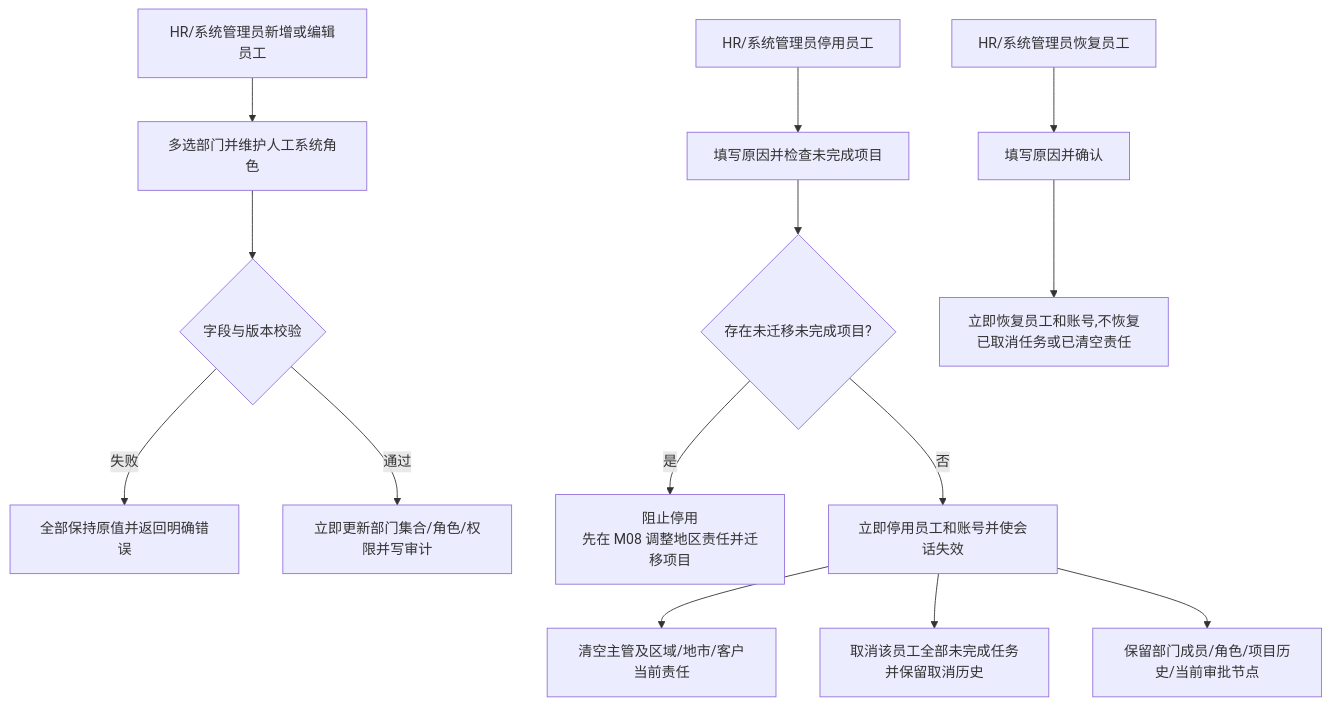
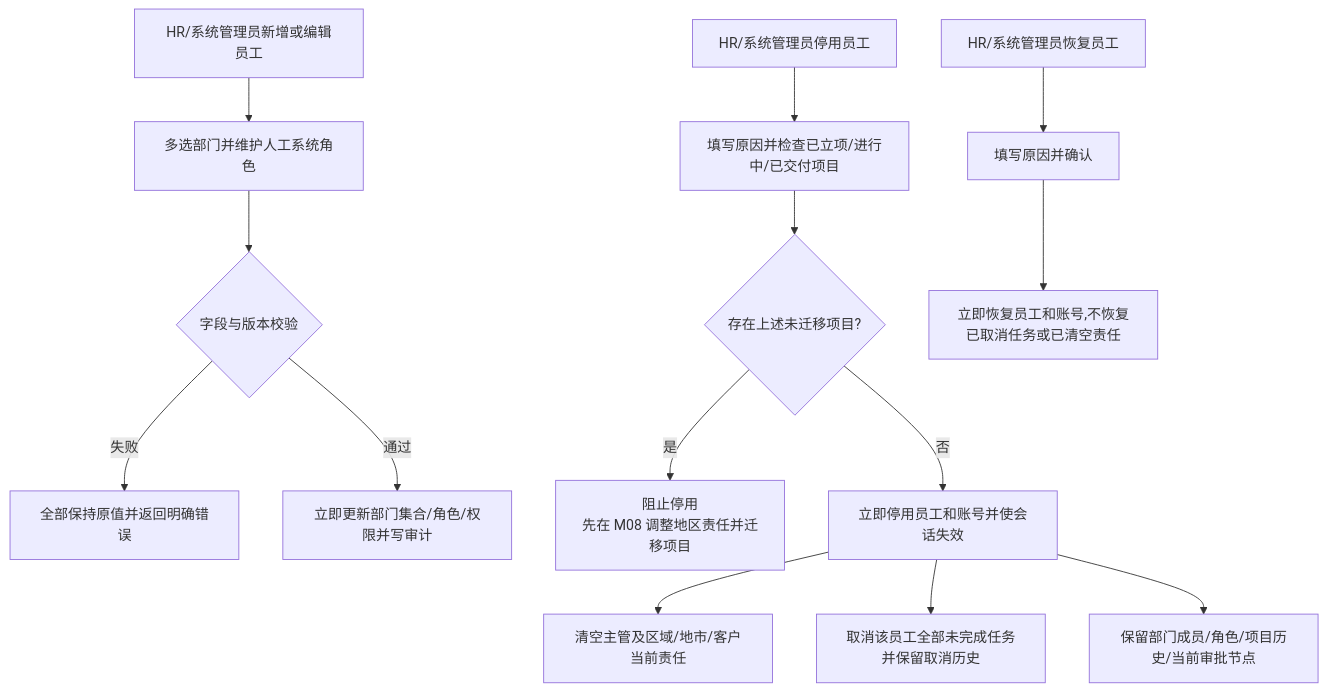
The diagram in prd-workspace/current/user-flows/FLOW-14-M06-employee-change-and-deactivation.md (Joker-1030/Yingjia-Internal-Management-System), drawn with Mermaid before and after one commit. The commit also changed other lines of this file and 33 other files, not shown here.

````diff
--- a/prd-workspace/current/user-flows/FLOW-14-M06-employee-change-and-deactivation.md
+++ b/prd-workspace/current/user-flows/FLOW-14-M06-employee-change-and-deactivation.md
@@ -8,16 +8,16 @@
 ```mermaid
 flowchart TD
     A[HR/系统管理员新增或编辑员工] --> B[多选部门并维护人工系统角色]
     B --> C{字段与版本校验}
     C -- 失败 --> D[全部保持原值并返回明确错误]
     C -- 通过 --> E[立即更新部门集合/角色/权限并写审计]
-    F[HR/系统管理员停用员工] --> G[填写原因并检查未完成项目]
-    G --> G1{存在未迁移未完成项目?}
+    F[HR/系统管理员停用员工] --> G[填写原因并检查已立项/进行中/已交付项目]
+    G --> G1{存在上述未迁移项目?}
     G1 -- 是 --> G2[阻止停用<br/>先在 M08 调整地区责任并迁移项目]
     G1 -- 否 --> H[立即停用员工和账号并使会话失效]
     H --> I[清空主管及区域/地市/客户当前责任]
     H --> J[取消该员工全部未完成任务并保留取消历史]
     H --> K[保留部门成员/角色/项目历史/当前审批节点]
     L[HR/系统管理员恢复员工] --> M[填写原因并确认]
     M --> N[立即恢复员工和账号,不恢复已取消任务或已清空责任]
 ```
````
